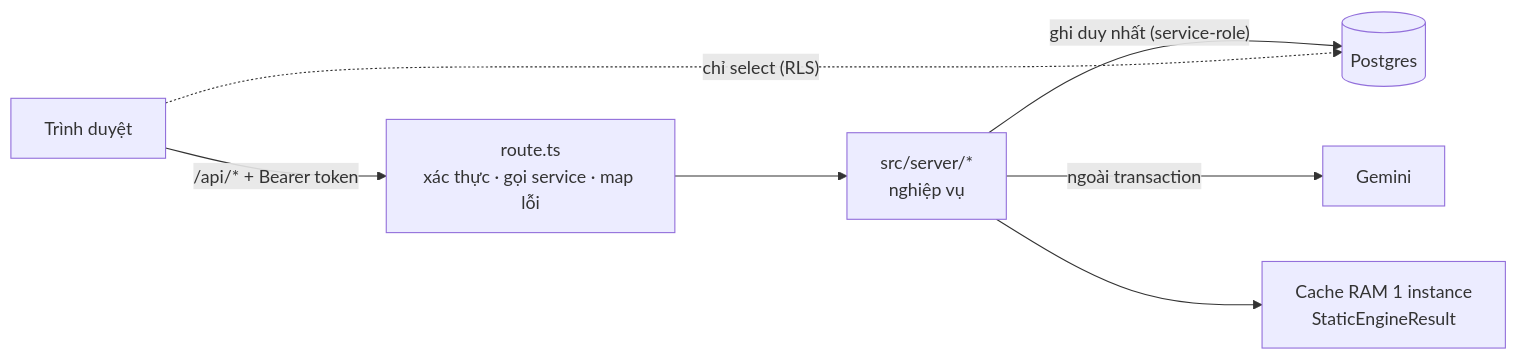
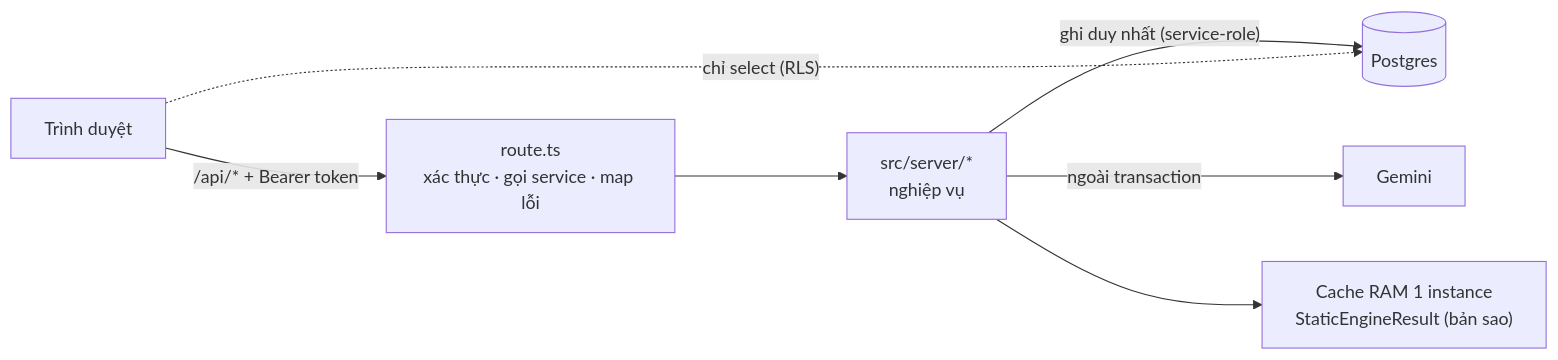
One commit to huynhthanhnhannnh-pixel/Hackathon_SGU changed the first of 3 diagrams in spec/03_API_VA_LUU_TRU.md. Above: the diagram before and after it, drawn with Mermaid. The commit also changed other lines of this file and 11 other files, not shown here.

````diff
--- a/spec/03_API_VA_LUU_TRU.md
+++ b/spec/03_API_VA_LUU_TRU.md
@@ -15,9 +15,9 @@
 ```mermaid
 flowchart LR
   B["Trình duyệt"] -- "/api/* + Bearer token" --> R["route.ts<br/>xác thực · gọi service · map lỗi"]
   R --> S["src/server/*<br/>nghiệp vụ"]
   S -- "ghi duy nhất (service-role)" --> D[("Postgres")]
   S -- "ngoài transaction" --> A["Gemini"]
-  S --> M["Cache RAM 1 instance<br/>StaticEngineResult"]
+  S --> M["Cache RAM 1 instance<br/>StaticEngineResult (bản sao)"]
   B -. "chỉ select (RLS)" .-> D
 ```
````
